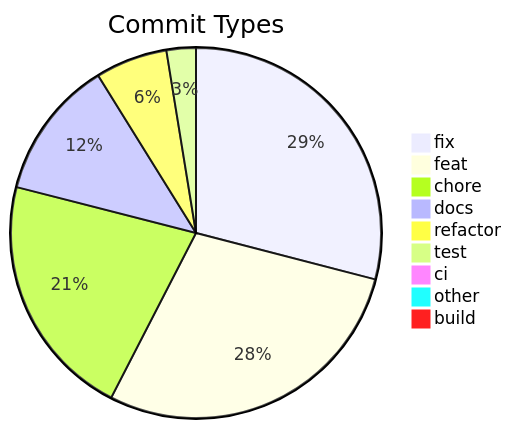
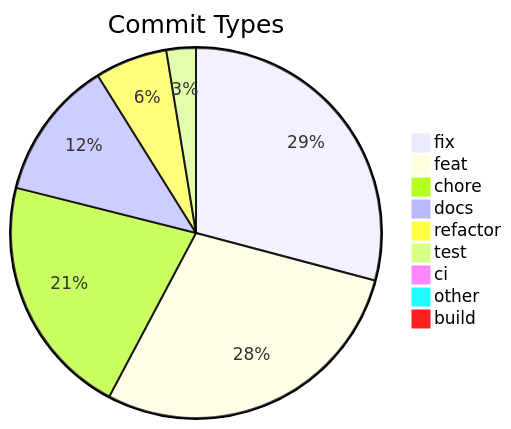
Before and after one commit to svenroth-ai/shipwright: the diagram in .shipwright/compliance/change-history.md, drawn with Mermaid. The commit also changed other lines of this file and 24 other files, not shown here.

````diff
--- a/.shipwright/compliance/change-history.md
+++ b/.shipwright/compliance/change-history.md
@@ -10,12 +10,12 @@
 ```mermaid
 pie title Commit Types
     "fix" : 351
     "feat" : 345
-    "chore" : 259
+    "chore" : 255
     "docs" : 147
     "refactor" : 76
     "test" : 31
     "ci" : 11
     "other" : 9
     "build" : 1
 ```
````
